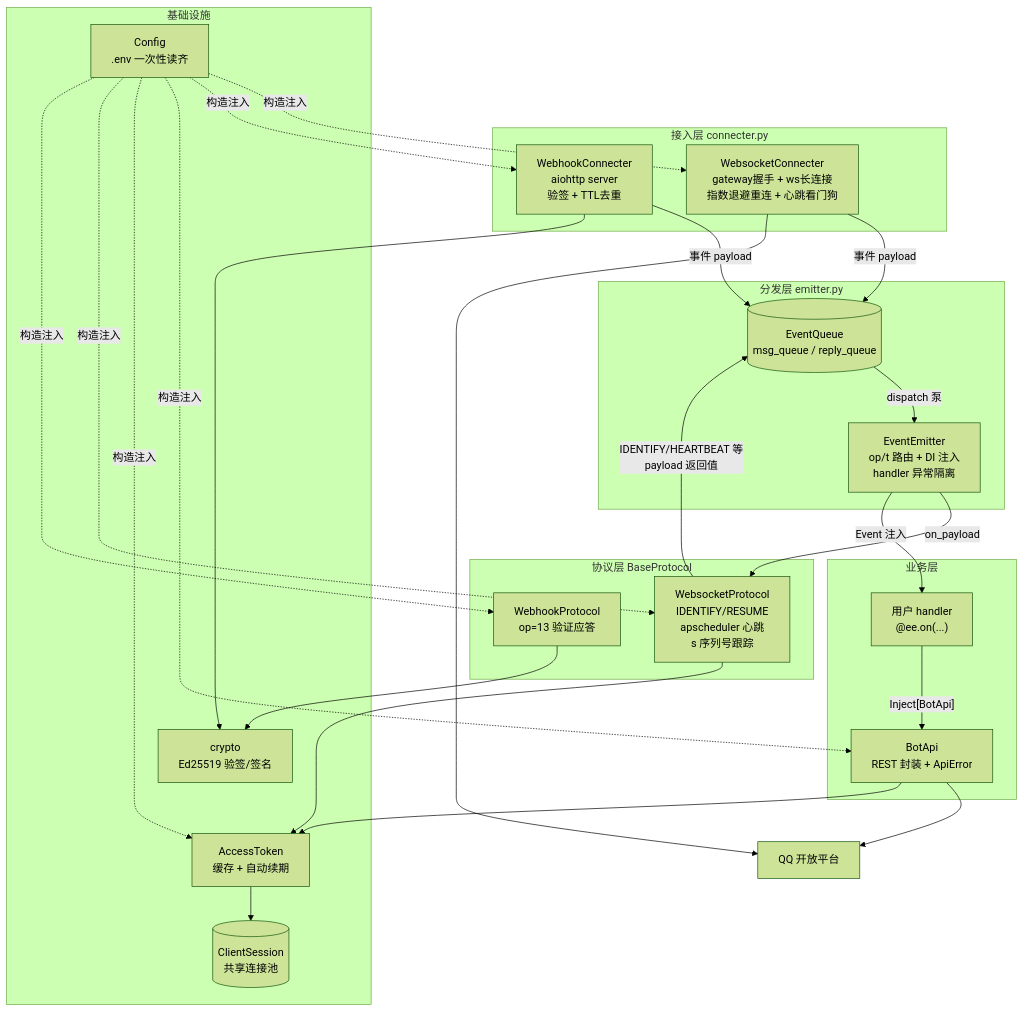
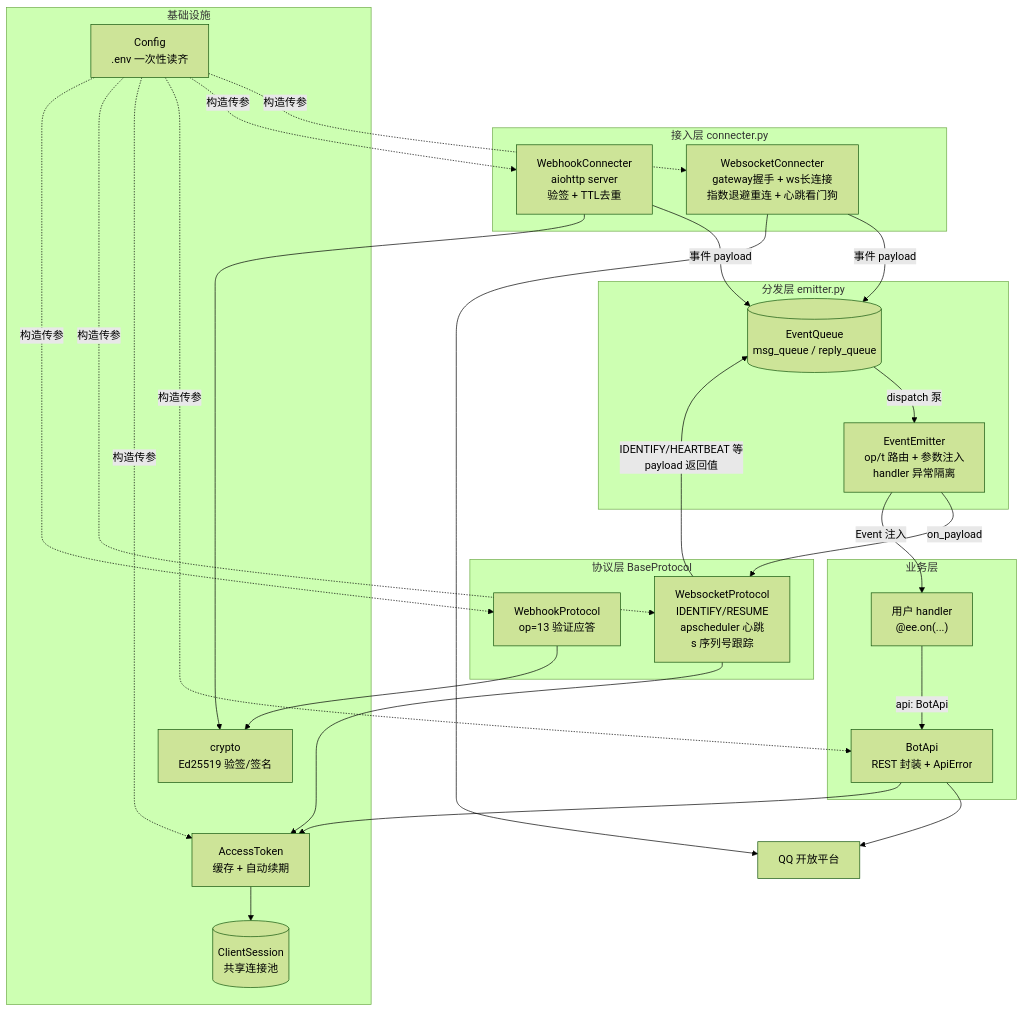
The first of 2 diagrams in docs/ARCHITECTURE.md (snowy-yang/qqbotsdk), drawn with Mermaid (forest theme) before and after one commit. The commit also changed other lines of this file and 15 other files, not shown here.

````diff
--- a/docs/ARCHITECTURE.md
+++ b/docs/ARCHITECTURE.md
@@ -7,47 +7,47 @@
 ```mermaid
 flowchart TB
     subgraph 接入层["接入层 connecter.py"]
         WS["WebsocketConnecter\ngateway握手 + ws长连接\n指数退避重连 + 心跳看门狗"]
         WH["WebhookConnecter\naiohttp server\n验签 + TTL去重"]
     end
 
     subgraph 分发层["分发层 emitter.py"]
         Q[("EventQueue\nmsg_queue / reply_queue")]
-        EE["EventEmitter\nop/t 路由 + DI 注入\nhandler 异常隔离"]
+        EE["EventEmitter\nop/t 路由 + 参数注入\nhandler 异常隔离"]
     end
 
     subgraph 协议层["协议层 BaseProtocol"]
         WSP["WebsocketProtocol\nIDENTIFY/RESUME\napscheduler 心跳\ns 序列号跟踪"]
         WHP["WebhookProtocol\nop=13 验证应答"]
     end
 
     subgraph 业务层["业务层"]
         API["BotApi\nREST 封装 + ApiError"]
         USER["用户 handler\n@ee.on(...)"]
     end
 
     subgraph 基础设施["基础设施"]
         CFG["Config\n.env 一次性读齐"]
         HTTP[("ClientSession\n共享连接池")]
         TK["AccessToken\n缓存 + 自动续期"]
         CRY["crypto\nEd25519 验签/签名"]
     end
 
     QQ["QQ 开放平台"]
 
     WS -- "事件 payload" --> Q
     WH -- "事件 payload" --> Q
     Q -- "dispatch 泵" --> EE
     EE -- "on_payload" --> WSP
     WSP -- "IDENTIFY/HEARTBEAT 等\npayload 返回值" --> Q
     EE -- "Event 注入" --> USER
-    USER -- "Inject[BotApi]" --> API
+    USER -- "api: BotApi" --> API
     API --> QQ
     WS --> QQ
     TK --> HTTP
     API --> TK
     WSP --> TK
     WHP --> CRY
     WH --> CRY
-    CFG -. "构造注入" .-> WS & WH & API & TK & WSP & WHP
+    CFG -. "构造传参" .-> WS & WH & API & TK & WSP & WHP
 ```
````
